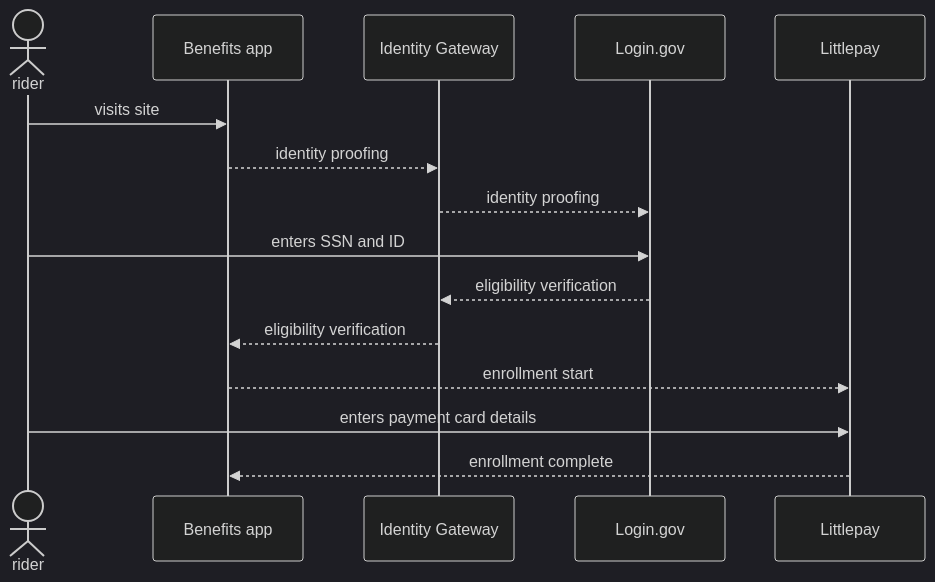
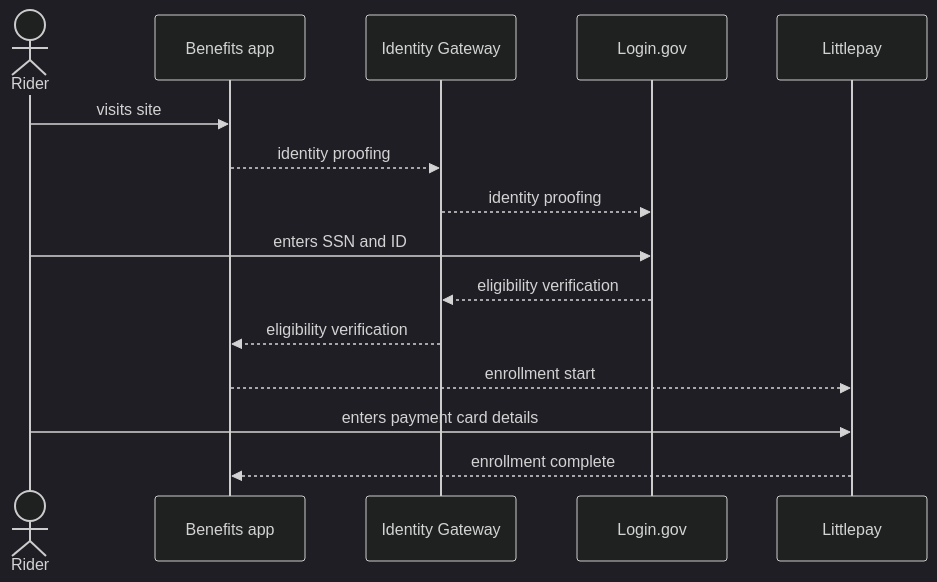
The diagram in docs/use-cases/seniors.md (cal-itp/benefits), drawn with Mermaid (dark theme) before and after one commit. The commit also changed 1 other file, not shown here.

Commit message:
chore(docs): add process diagram for Courtesy Cards

````diff
--- a/docs/use-cases/seniors.md
+++ b/docs/use-cases/seniors.md
@@ -15,18 +15,18 @@
 ```mermaid
 sequenceDiagram
-    actor rider
+    actor Rider
     participant Benefits as Benefits app
     participant IdG as Identity Gateway
     participant Login.gov
     participant Littlepay
 
-    rider->>Benefits: visits site
+    Rider->>Benefits: visits site
     Benefits-->>IdG: identity proofing
     IdG-->>Login.gov: identity proofing
-    rider->>Login.gov: enters SSN and ID
+    Rider->>Login.gov: enters SSN and ID
     Login.gov-->>IdG: eligibility verification
     IdG-->>Benefits: eligibility verification
     Benefits-->>Littlepay: enrollment start
-    rider->>Littlepay: enters payment card details
+    Rider->>Littlepay: enters payment card details
     Littlepay-->>Benefits: enrollment complete
 ```
````
